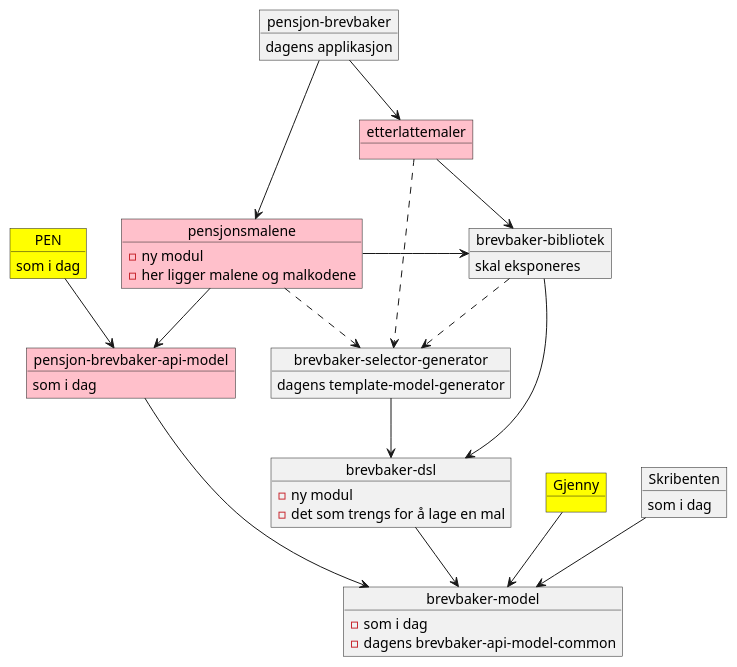
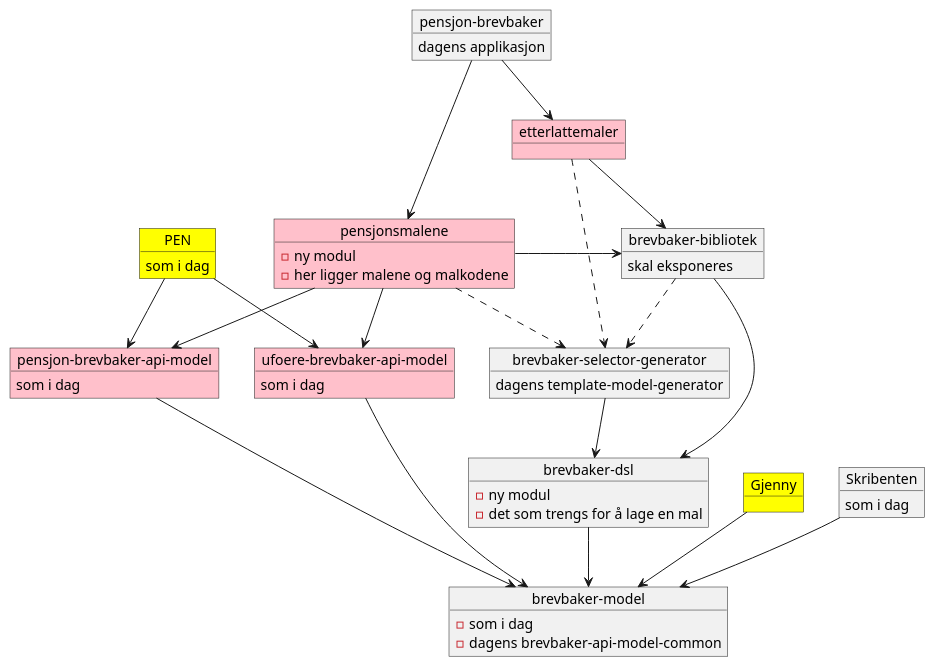
Before and after one commit to navikt/pensjonsbrev: the diagram in docs/moduldiagram.puml, drawn with PlantUML. The commit also changed 11 other files, not shown here.

Commit message:
Innfører api-modell også for uføre

```diff
--- a/docs/moduldiagram.puml
+++ b/docs/moduldiagram.puml
@@ -1,55 +1,64 @@
 @startuml
 
 object "pensjon-brevbaker" as brevbaker
 brevbaker : dagens applikasjon
 
 object pensjonsmalene #pink
 pensjonsmalene : - ny modul
 pensjonsmalene : - her ligger malene og malkodene
 
 object "etterlattemaler" as etterlatte #pink
 
-object "pensjon-brevbaker-api-model" as apimodel #pink
-apimodel : som i dag
+object "pensjon-brevbaker-api-model" as pensjonapimodel #pink
+pensjonapimodel : som i dag
+
+object "ufoere-brevbaker-api-model" as ufoereapimodel #pink
+ufoereapimodel : som i dag
 
 object "brevbaker-dsl" as dsl
 dsl : - ny modul
 dsl : - det som trengs for å lage en mal
 
 object "brevbaker-bibliotek" as bibliotek
 bibliotek : skal eksponeres
 
 object Gjenny #yellow
 
 object "brevbaker-model" as modelcommon
 modelcommon : - som i dag
 modelcommon : - dagens brevbaker-api-model-common
 
 object "brevbaker-selector-generator" as tmg
 tmg : dagens template-model-generator
 
 object PEN #yellow
 PEN : som i dag
 
 object Skribenten
 Skribenten : som i dag
 
 bibliotek --> dsl
 brevbaker --> pensjonsmalene
 brevbaker --> etterlatte
-pensjonsmalene --> apimodel
+pensjonsmalene --> pensjonapimodel
+
+pensjonsmalene --> ufoereapimodel
+'denne er midlertidig fram til vi får eigen uføre-modell også
+
 pensjonsmalene -> bibliotek
 etterlatte --> bibliotek
-apimodel --> modelcommon
+pensjonapimodel --> modelcommon
+ufoereapimodel --> modelcommon
 dsl --> modelcommon
 tmg --> dsl
 etterlatte ..> tmg
 pensjonsmalene ..> tmg
 bibliotek ..> tmg
 
-PEN --> apimodel
+PEN --> pensjonapimodel
+PEN --> ufoereapimodel
 Gjenny --> modelcommon
 
 Skribenten --> modelcommon
 
 @enduml
```
